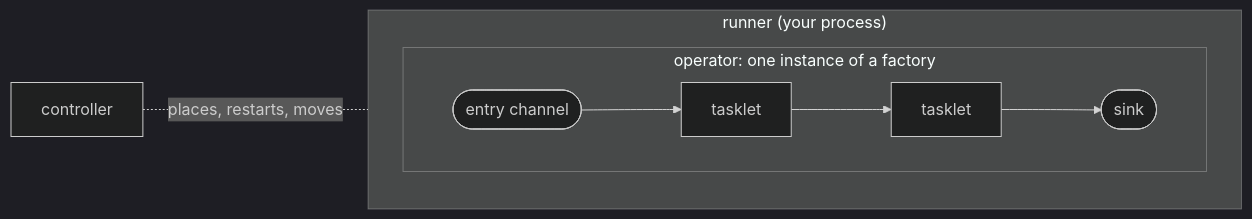
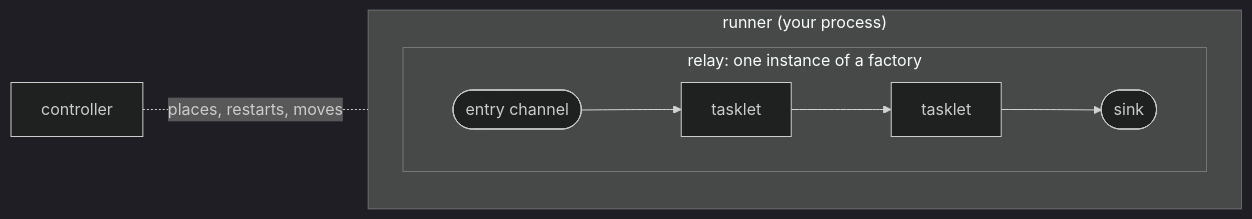
One commit to Flezha/flezha changed the diagram in priv/ai_kit/docs/building_blocks.md. Above: the diagram before and after it, drawn with Mermaid (dark theme). The commit also changed other lines of this file and 1198 other files, not shown here.

First line of the commit message:
Call the unit a relay instead of an operator

````diff
--- a/priv/ai_kit/docs/building_blocks.md
+++ b/priv/ai_kit/docs/building_blocks.md
@@ -18,10 +20,10 @@
 ```mermaid
 flowchart LR
     subgraph R["runner (your process)"]
-        subgraph O["operator: one instance of a factory"]
+        subgraph O["relay: one instance of a factory"]
             direction LR
             I(["entry channel"]) --> T1["tasklet"] --> T2["tasklet"] --> S(["sink"])
         end
     end
     C["controller"] -. "places, restarts, moves" .- R
 ```
````
